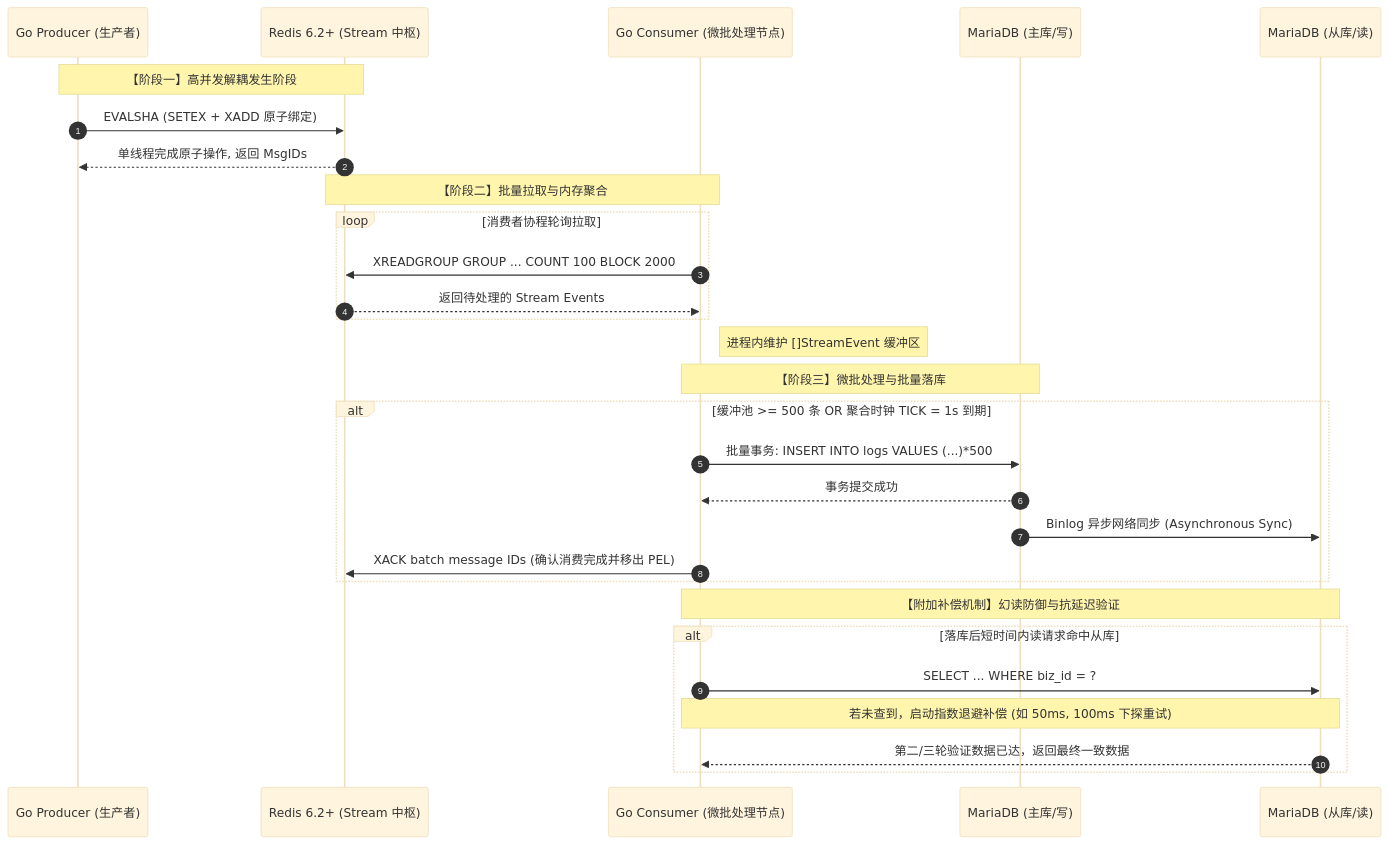
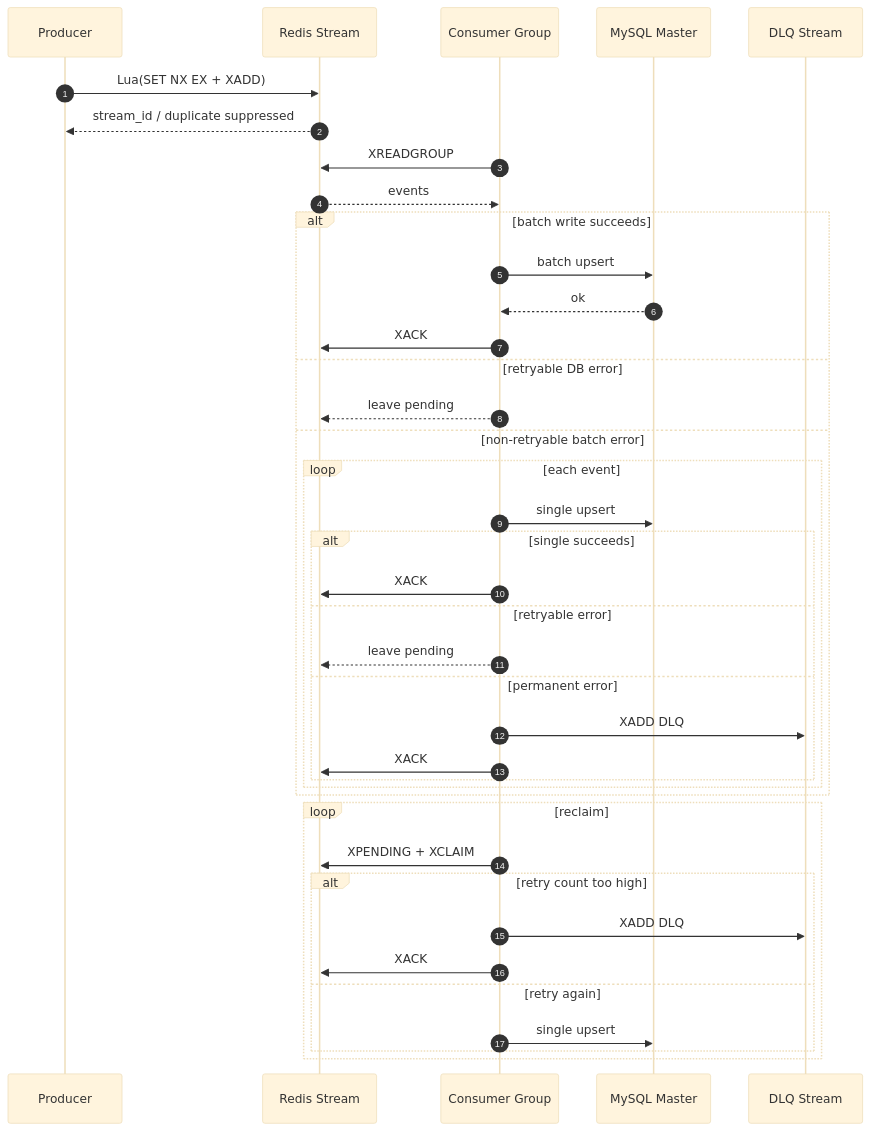
The diagram in README.md (jkondrat-sd/peter), drawn with Mermaid (base theme) before and after one commit. The commit also changed other lines of this file and 18 other files, not shown here.

````diff
--- a/README.md
+++ b/README.md
@@ -29,36 +95,45 @@
 ```mermaid
 sequenceDiagram
     autonumber
-    participant Prod as Go Producer (生产者)
-    participant Redis as Redis 6.2+ (Stream 中枢)
-    participant Cons as Go Consumer (微批处理节点)
-    participant Master as MariaDB (主库/写)
-    participant Slave as MariaDB (从库/读)
+    participant P as Producer
+    participant R as Redis Stream
+    participant C as Consumer Group
+    participant M as MySQL Master
+    participant D as DLQ Stream
 
-    Note over Prod,Redis: 【阶段一】高并发解耦发生阶段
-    Prod->>Redis: EVALSHA (SETEX + XADD 原子绑定)
-    Redis-->>Prod: 单线程完成原子操作, 返回 MsgIDs
-    
-    Note over Redis,Cons: 【阶段二】批量拉取与内存聚合
-    loop 消费者协程轮询拉取
-        Cons->>Redis: XREADGROUP GROUP ... COUNT 100 BLOCK 2000
-        Redis-->>Cons: 返回待处理的 Stream Events
+    P->>R: Lua(SET NX EX + XADD)
+    R-->>P: stream_id / duplicate suppressed
+
+    C->>R: XREADGROUP
+    R-->>C: events
+
+    alt batch write succeeds
+        C->>M: batch upsert
+        M-->>C: ok
+        C->>R: XACK
+    else retryable DB error
+        C-->>R: leave pending
+    else non-retryable batch error
+        loop each event
+            C->>M: single upsert
+            alt single succeeds
+                C->>R: XACK
+            else retryable error
+                C-->>R: leave pending
+            else permanent error
+                C->>D: XADD DLQ
+                C->>R: XACK
+            end
+        end
     end
-    
-    Note right of Cons: 进程内维护 []StreamEvent 缓冲区
-    
-    Note over Cons,Master: 【阶段三】微批处理与批量落库
-    alt 缓冲池 >= 500 条  OR  聚合时钟 TICK = 1s 到期
-        Cons->>Master: 批量事务: INSERT INTO logs VALUES (...)*500
-        Master-->>Cons: 事务提交成功
-        Master->>Slave: Binlog 异步网络同步 (Asynchronous Sync)
-        Cons->>Redis: XACK batch message IDs (确认消费完成并移出 PEL)
-    end
-    
-    Note over Cons,Slave: 【附加补偿机制】幻读防御与抗延迟验证
-    alt 落库后短时间内读请求命中从库
-        Cons->>Slave: SELECT ... WHERE biz_id = ? 
-        Note over Cons,Slave: 若未查到，启动指数退避补偿 (如 50ms, 100ms 下探重试)
-        Slave-->>Cons: 第二/三轮验证数据已达，返回最终一致数据
+
+    loop reclaim
+        C->>R: XPENDING + XCLAIM
+        alt retry count too high
+            C->>D: XADD DLQ
+            C->>R: XACK
+        else retry again
+            C->>M: single upsert
+        end
     end
 ```
````
